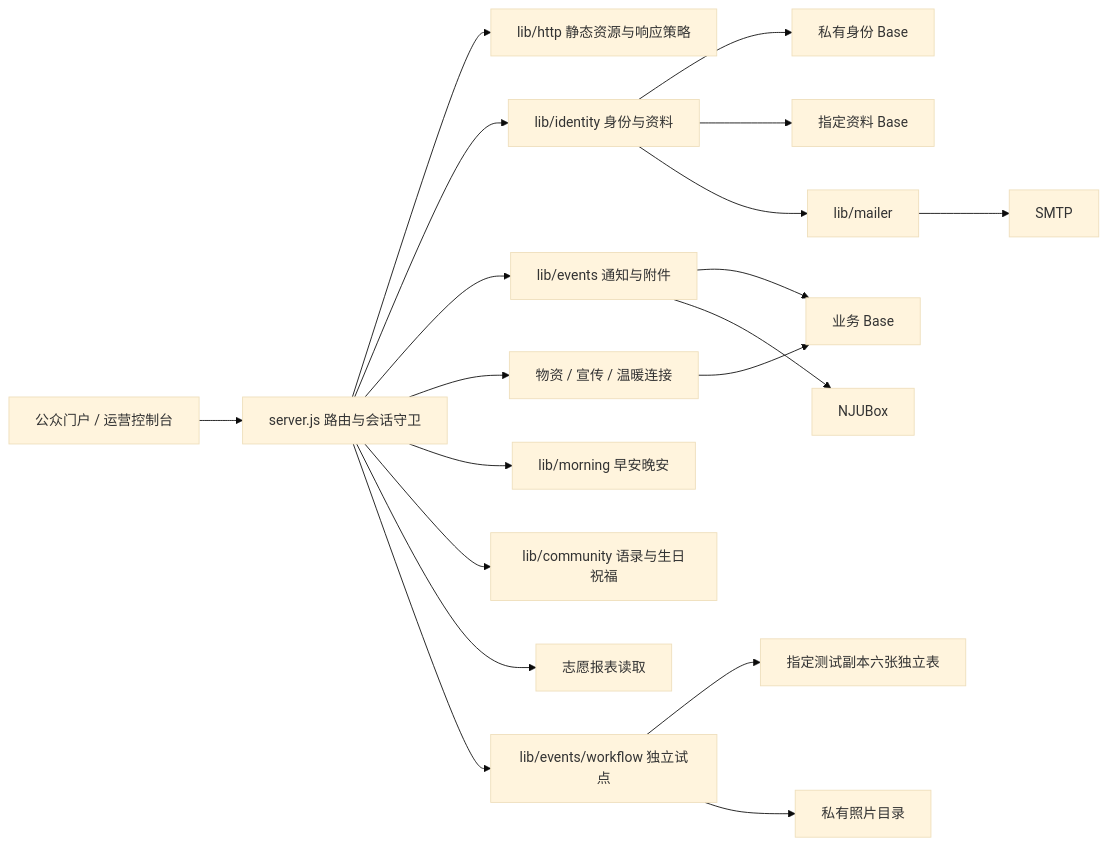
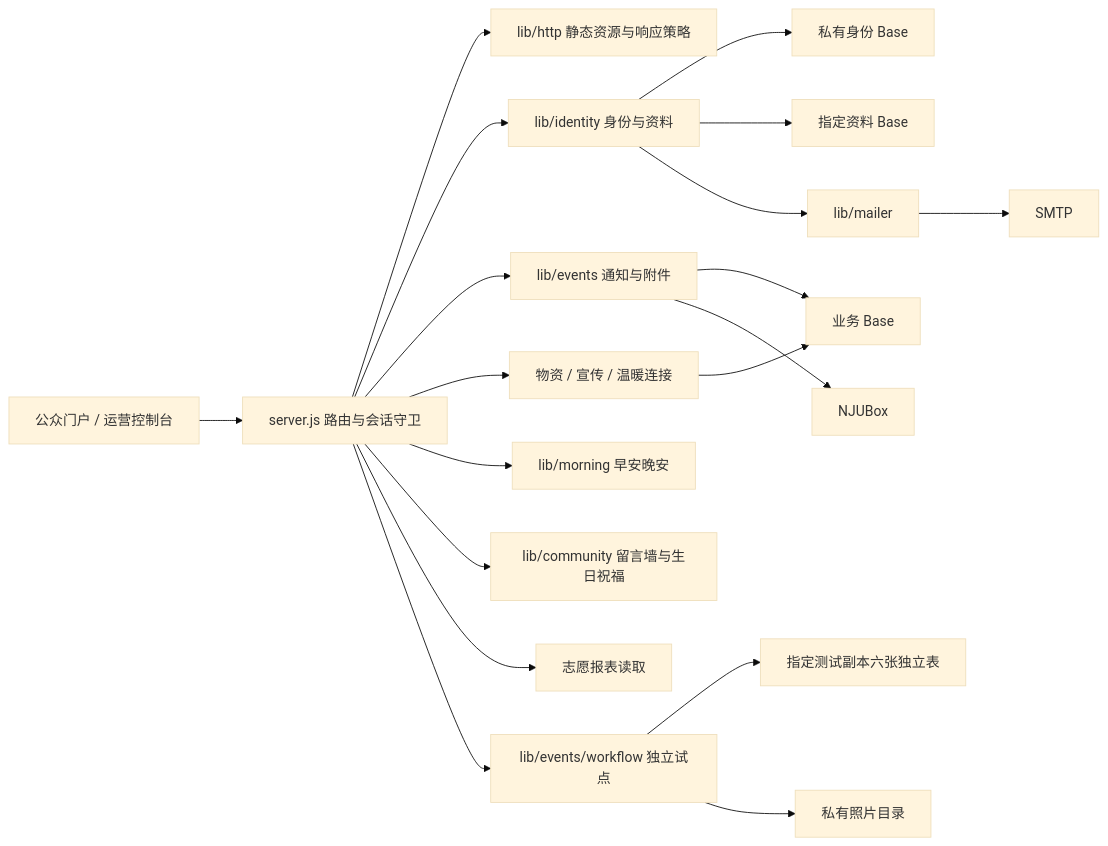
The diagram in docs/ARCHITECTURE.md (WANGLEVY9/NJURedCross), drawn with Mermaid (base theme) before and after one commit. The commit also changed other lines of this file and 19 other files, not shown here.

````diff
--- a/docs/ARCHITECTURE.md
+++ b/docs/ARCHITECTURE.md
@@ -5,21 +5,21 @@
 ```mermaid
 flowchart LR
   Browser[公众门户 / 运营控制台] --> HTTP[server.js 路由与会话守卫]
   HTTP --> Static[lib/http 静态资源与响应策略]
   HTTP --> Identity[lib/identity 身份与资料]
   HTTP --> Events[lib/events 通知与附件]
   HTTP --> Business[物资 / 宣传 / 温暖连接]
   HTTP --> Morning[lib/morning 早安晚安]
-  HTTP --> Community[lib/community 语录与生日祝福]
+  HTTP --> Community[lib/community 留言墙与生日祝福]
   Identity --> Private[私有身份 Base]
   Identity --> Profile[指定资料 Base]
   Business --> Main[业务 Base]
   Events --> Main
   Events --> Box[NJUBox]
   HTTP --> Volunteer[志愿报表读取]
   HTTP --> Workflow[lib/events/workflow 独立试点]
   Workflow --> TestBase[指定测试副本六张独立表]
   Workflow --> Photos[私有照片目录]
   Identity --> Mail[lib/mailer]
   Mail --> SMTP[SMTP]
 ```
````
